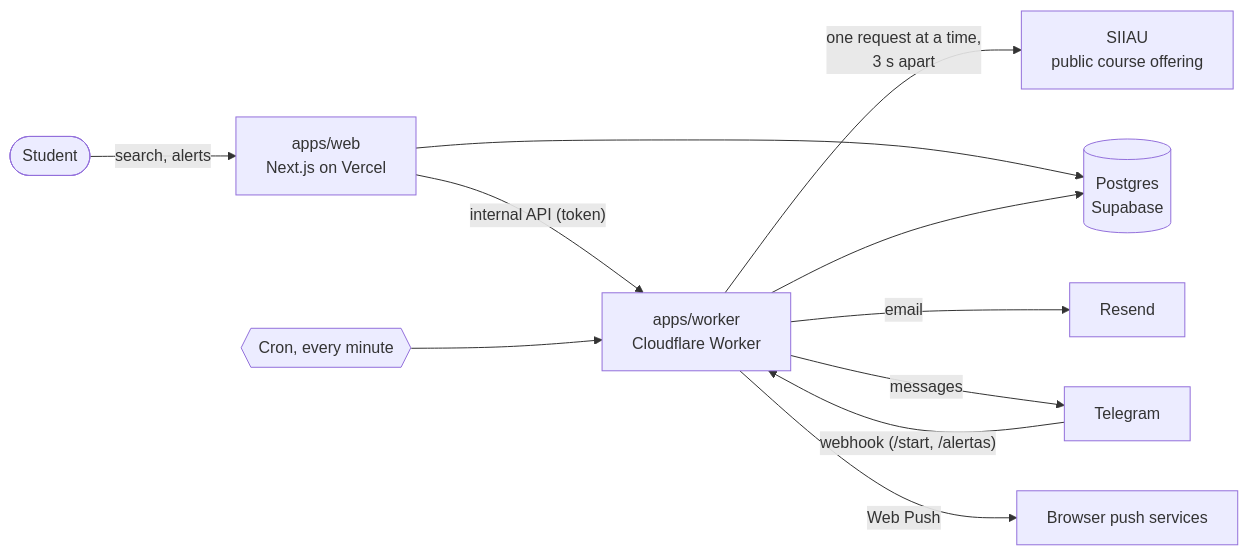
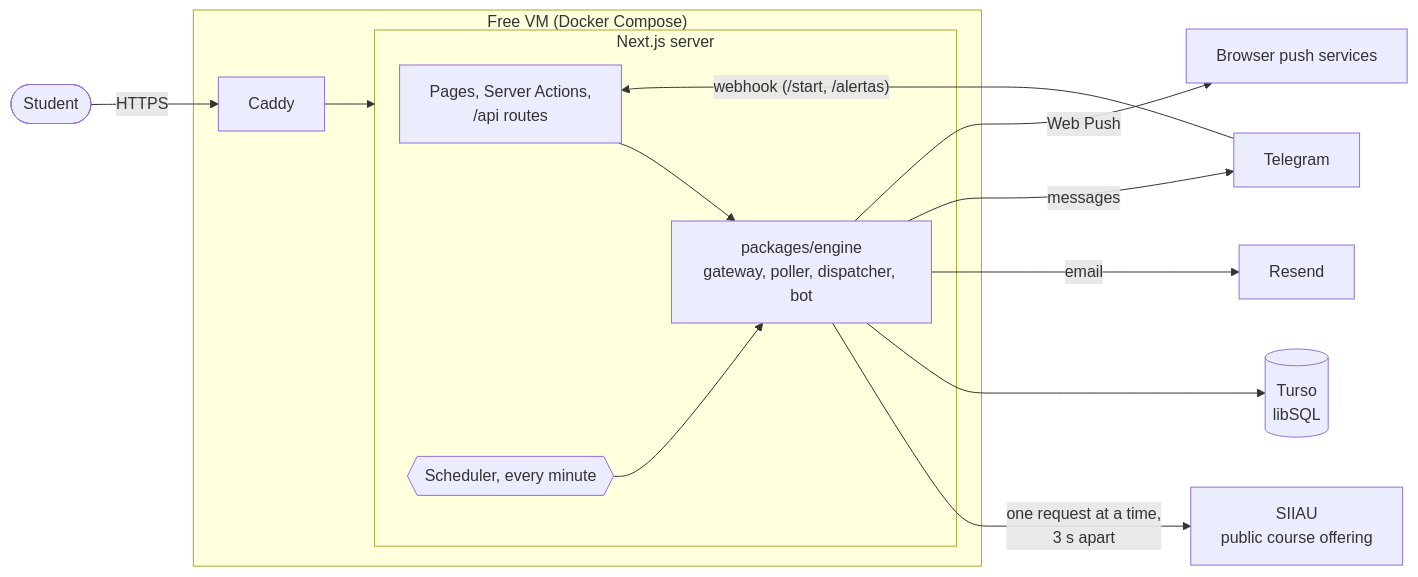
The diagram in README.md (marvin7460/SiiauAlarma), drawn with Mermaid before and after one commit. The commit also changed other lines of this file and 6 other files, not shown here.

First line of the commit message:
docs: Turso, one Next.js app and a VM deploy

````diff
--- a/README.md
+++ b/README.md
@@ -64,13 +65,21 @@
 ```mermaid
 flowchart LR
-  student([Student]) -- search, alerts --> web["apps/web<br/>Next.js on Vercel"]
-  web -- "internal API (token)" --> worker["apps/worker<br/>Cloudflare Worker"]
-  web --> db[("Postgres<br/>Supabase")]
-  cron{{"Cron, every minute"}} --> worker
-  worker -- "one request at a time,<br/>3 s apart" --> siiau["SIIAU<br/>public course offering"]
-  worker --> db
-  worker -- email --> resend[Resend]
-  worker -- messages --> telegram[Telegram]
-  telegram -- "webhook (/start, /alertas)" --> worker
-  worker -- "Web Push" --> push["Browser push services"]
+  student([Student]) -- "HTTPS" --> caddy[Caddy]
+  caddy --> app
+  subgraph vm["Free VM (Docker Compose)"]
+    caddy
+    subgraph app["Next.js server"]
+      pages["Pages, Server Actions,<br/>/api routes"]
+      engine["packages/engine<br/>gateway, poller, dispatcher, bot"]
+      cron{{"Scheduler, every minute"}}
+      pages --> engine
+      cron --> engine
+    end
+  end
+  engine -- "one request at a time,<br/>3 s apart" --> siiau["SIIAU<br/>public course offering"]
+  engine --> db[("Turso<br/>libSQL")]
+  engine -- email --> resend[Resend]
+  engine -- messages --> telegram[Telegram]
+  telegram -- "webhook (/start, /alertas)" --> pages
+  engine -- "Web Push" --> push["Browser push services"]
 ```
````
